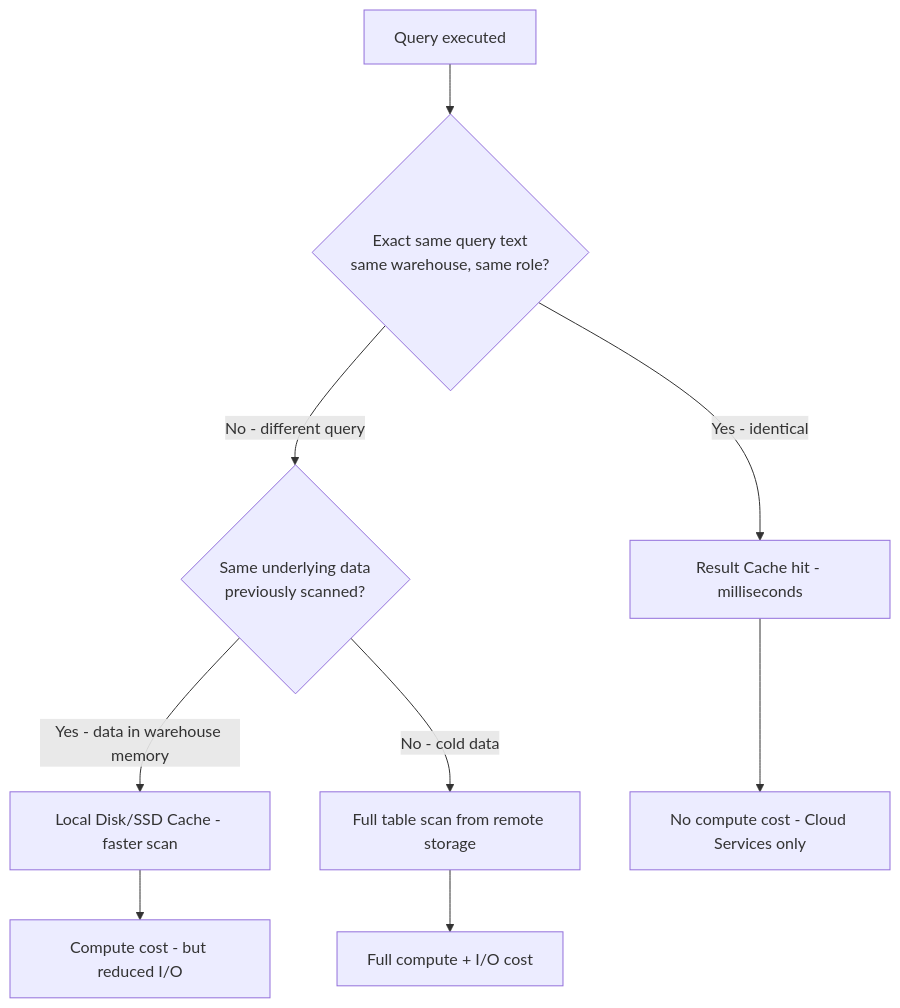
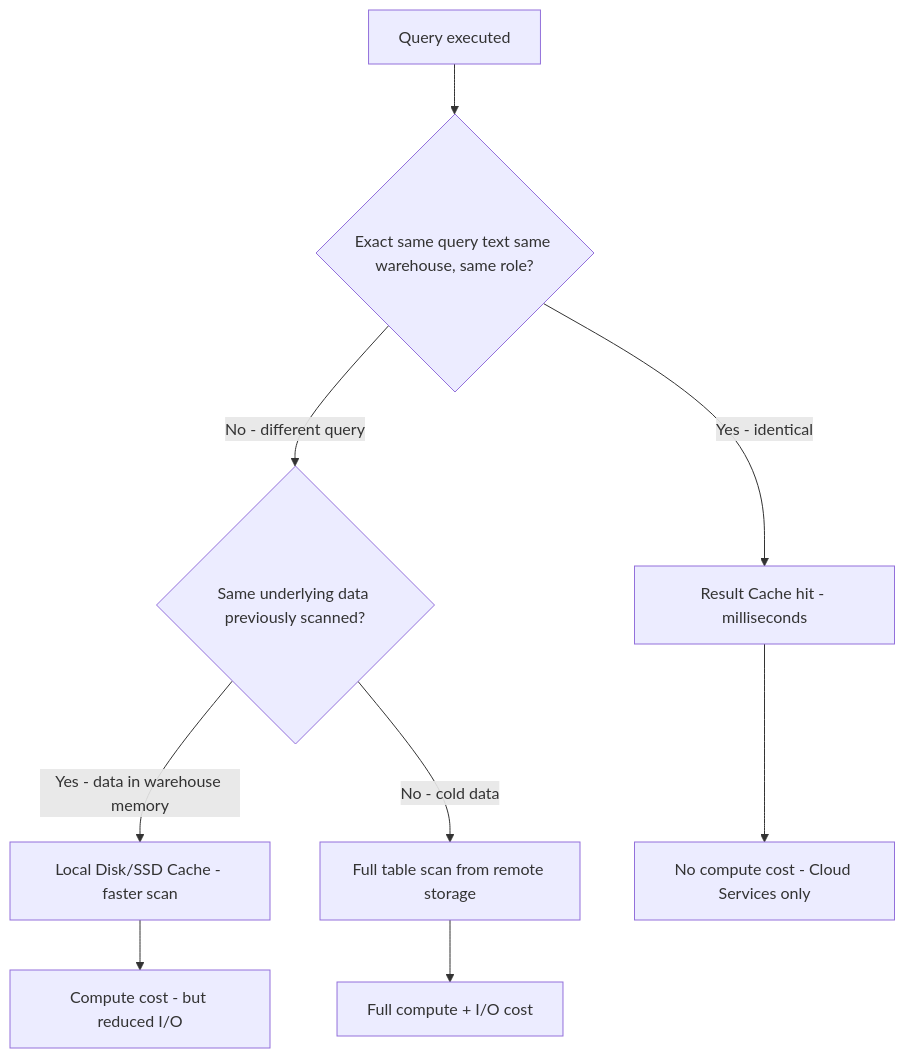
Before and after one commit to harishupadrasta/snowPro-Core: the third of 12 diagrams in 1_Snowflake_AI_Data_Cloud_Features_and_Architecture/Scenarios_Domain1.md, drawn with Mermaid. The commit also changed other lines of this file and 16 other files, not shown here.

First line of the commit message:
Fix mermaid diagrams: replace <br/> with spaces for GitHub rendering

````diff
--- a/1_Snowflake_AI_Data_Cloud_Features_and_Architecture/Scenarios_Domain1.md
+++ b/1_Snowflake_AI_Data_Cloud_Features_and_Architecture/Scenarios_Domain1.md
@@ -74,11 +74,11 @@
 ```mermaid
 graph TD
-    A[Query executed] --> B{Exact same query text<br/>same warehouse, same role?}
+    A[Query executed] --> B{Exact same query text same warehouse, same role?}
     B -->|Yes - identical| C[Result Cache hit - milliseconds]
-    B -->|No - different query| D{Same underlying data<br/>previously scanned?}
+    B -->|No - different query| D{Same underlying data previously scanned?}
     D -->|Yes - data in warehouse memory| E[Local Disk/SSD Cache - faster scan]
     D -->|No - cold data| F[Full table scan from remote storage]
     C --> G[No compute cost - Cloud Services only]
     E --> H[Compute cost - but reduced I/O]
     F --> I[Full compute + I/O cost]
 ```
````
